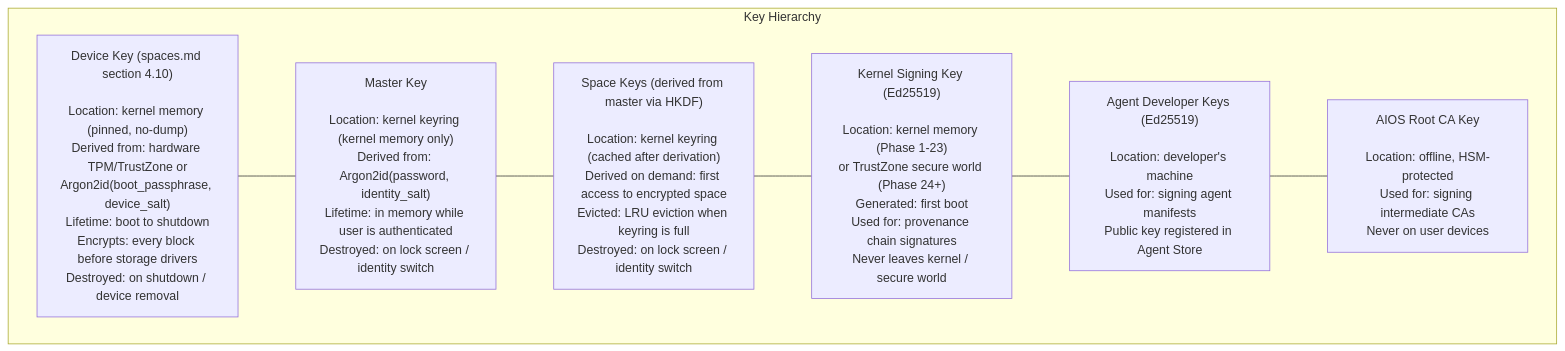
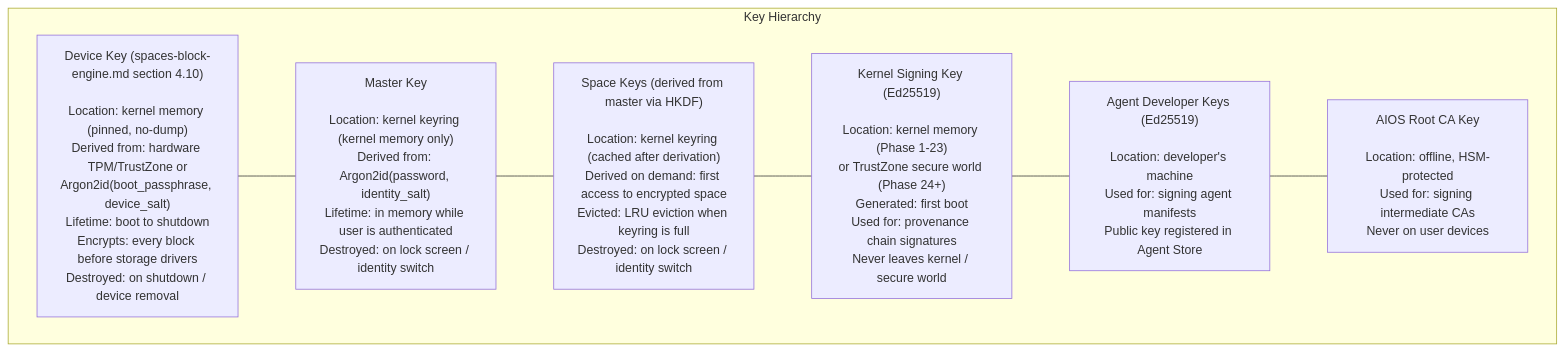
Before and after one commit to juslee/aios: the first of 3 diagrams in docs/security/security-hardening.md, drawn with Mermaid. The commit also changed other lines of this file and 1 other file, not shown here.

Commit message:
Docs: Fix stale spaces.md cross-references in security sub-docs
Update references from the old monolithic spaces.md to the correct
split sub-documents (spaces-encryption.md, spaces-block-engine.md)
found by doc-auditor pass.

````diff
--- a/docs/security/security-hardening.md
+++ b/docs/security/security-hardening.md
@@ -29,18 +29,18 @@
 ```mermaid
 flowchart TD
     subgraph KH["Key Hierarchy"]
-        DK["Device Key (spaces.md section 4.10)\n\nLocation: kernel memory (pinned, no-dump)\nDerived from: hardware TPM/TrustZone or\nArgon2id(boot_passphrase, device_salt)\nLifetime: boot to shutdown\nEncrypts: every block before storage drivers\nDestroyed: on shutdown / device removal"]
+        DK["Device Key (spaces-block-engine.md section 4.10)\n\nLocation: kernel memory (pinned, no-dump)\nDerived from: hardware TPM/TrustZone or\nArgon2id(boot_passphrase, device_salt)\nLifetime: boot to shutdown\nEncrypts: every block before storage drivers\nDestroyed: on shutdown / device removal"]
 
         MK["Master Key\n\nLocation: kernel keyring (kernel memory only)\nDerived from: Argon2id(password, identity_salt)\nLifetime: in memory while user is authenticated\nDestroyed: on lock screen / identity switch"]
 
         SK["Space Keys (derived from master via HKDF)\n\nLocation: kernel keyring (cached after derivation)\nDerived on demand: first access to encrypted space\nEvicted: LRU eviction when keyring is full\nDestroyed: on lock screen / identity switch"]
 
         KSK["Kernel Signing Key (Ed25519)\n\nLocation: kernel memory (Phase 1-23)\nor TrustZone secure world (Phase 24+)\nGenerated: first boot\nUsed for: provenance chain signatures\nNever leaves kernel / secure world"]
 
         ADK["Agent Developer Keys (Ed25519)\n\nLocation: developer's machine\nUsed for: signing agent manifests\nPublic key registered in Agent Store"]
 
         RCA["AIOS Root CA Key\n\nLocation: offline, HSM-protected\nUsed for: signing intermediate CAs\nNever on user devices"]
     end
 
     DK --- MK --- SK --- KSK --- ADK --- RCA
 ```
````
